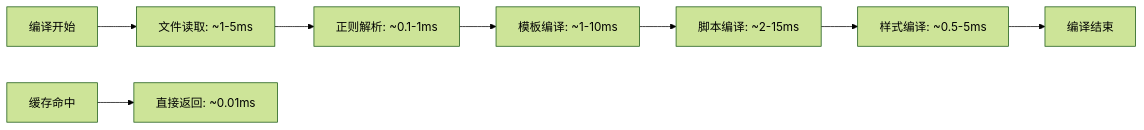
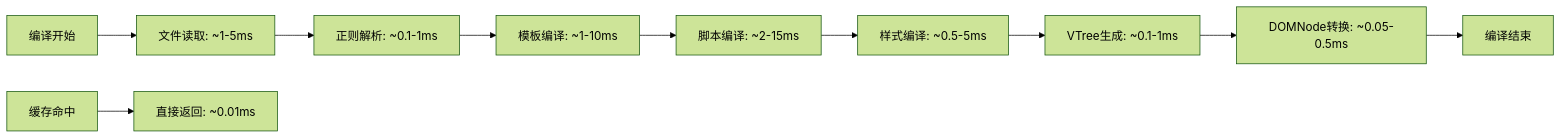
Before and after one commit to itszzl-sudo/iris: diagram 17 of 17 in .qoder/repowiki/zh/content/技术架构详解/即时转译系统/SFC编译器初始化机制/Vue 3 Script Setup 支持.md, drawn with Mermaid (forest theme). The commit also changed other lines of this file and 8 other files, not shown here.

````diff
--- a/.qoder/repowiki/zh/content/技术架构详解/即时转译系统/SFC编译器初始化机制/Vue 3 Script Setup 支持.md
+++ b/.qoder/repowiki/zh/content/技术架构详解/即时转译系统/SFC编译器初始化机制/Vue 3 Script Setup 支持.md
@@ -674,10 +899,12 @@
 ```mermaid
 graph LR
 A[编译开始] --> B[文件读取: ~1-5ms]
 B --> C[正则解析: ~0.1-1ms]
 C --> D[模板编译: ~1-10ms]
 D --> E[脚本编译: ~2-15ms]
 E --> F[样式编译: ~0.5-5ms]
-F --> G[编译结束]
-H[缓存命中] --> I[直接返回: ~0.01ms]
+F --> G[VTree生成: ~0.1-1ms]
+G --> H[DOMNode转换: ~0.05-0.5ms]
+H --> I[编译结束]
+J[缓存命中] --> K[直接返回: ~0.01ms]
 ```
````
